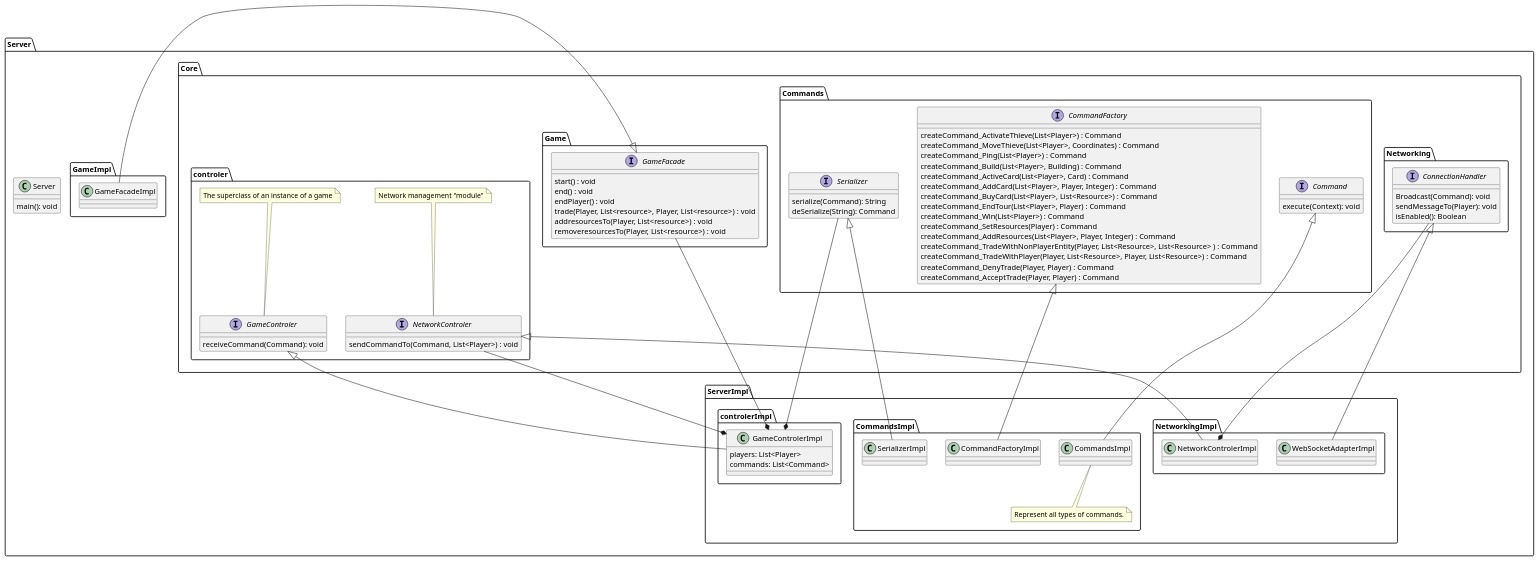
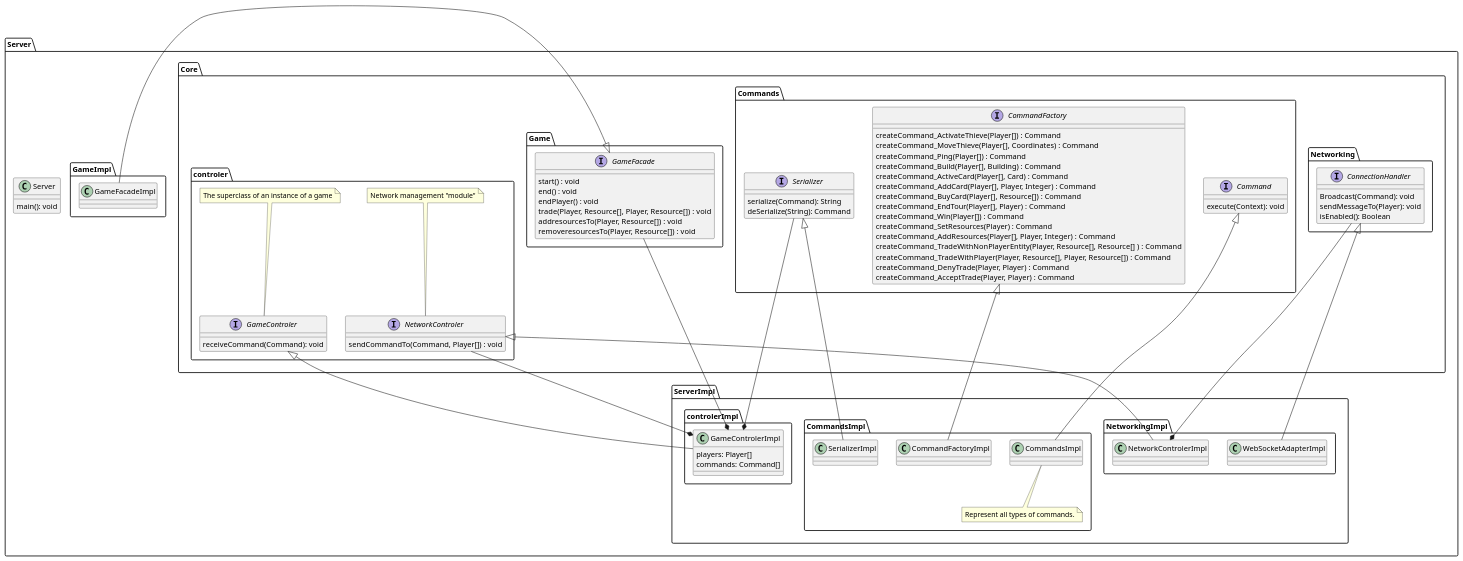
The diagram in catan-doc/modules/conception/pages/classDiagramServer.adoc (theray1/Les-Colons-De-Catane), drawn with PlantUML before and after one commit.

```diff
--- a/catan-doc/modules/conception/pages/classDiagramServer.adoc
+++ b/catan-doc/modules/conception/pages/classDiagramServer.adoc
@@ -13,26 +13,26 @@
 	            start() : void
 	        	end() : void
 	        	endPlayer() : void
-	        	trade(Player, List<resource>, Player, List<resource>) : void
-	        	addresourcesTo(Player, List<resource>) : void
-	        	removeresourcesTo(Player, List<resource>) : void
+	        	trade(Player, Resource[], Player, Resource[]) : void
+	        	addresourcesTo(Player, Resource[]) : void
+	        	removeresourcesTo(Player, Resource[]) : void
             }
         }
         package Commands {
             interface CommandFactory {
-            	createCommand_ActivateThieve(List<Player>) : Command
-            	createCommand_MoveThieve(List<Player>, Coordinates) : Command
-            	createCommand_Ping(List<Player>) : Command
-            	createCommand_Build(List<Player>, Building) : Command
-            	createCommand_ActiveCard(List<Player>, Card) : Command
-            	createCommand_AddCard(List<Player>, Player, Integer) : Command
-            	createCommand_BuyCard(List<Player>, List<Resource>) : Command
-            	createCommand_EndTour(List<Player>, Player) : Command
-            	createCommand_Win(List<Player>) : Command
+            	createCommand_ActivateThieve(Player[]) : Command
+            	createCommand_MoveThieve(Player[], Coordinates) : Command
+            	createCommand_Ping(Player[]) : Command
+            	createCommand_Build(Player[], Building) : Command
+            	createCommand_ActiveCard(Player[], Card) : Command
+            	createCommand_AddCard(Player[], Player, Integer) : Command
+            	createCommand_BuyCard(Player[], Resource[]) : Command
+            	createCommand_EndTour(Player[], Player) : Command
+            	createCommand_Win(Player[]) : Command
             	createCommand_SetResources(Player) : Command
-            	createCommand_AddResources(List<Player>, Player, Integer) : Command
-            	createCommand_TradeWithNonPlayerEntity(Player, List<Resource>, List<Resource> ) : Command
-            	createCommand_TradeWithPlayer(Player, List<Resource>, Player, List<Resource>) : Command
+            	createCommand_AddResources(Player[], Player, Integer) : Command
+            	createCommand_TradeWithNonPlayerEntity(Player, Resource[], Resource[] ) : Command
+            	createCommand_TradeWithPlayer(Player, Resource[], Player, Resource[]) : Command
             	createCommand_DenyTrade(Player, Player) : Command
             	createCommand_AcceptTrade(Player, Player) : Command
             }
@@ -56,7 +56,7 @@
 
         package controler {
             interface NetworkControler {
-            	sendCommandTo(Command, List<Player>) : void
+            	sendCommandTo(Command, Player[]) : void
             }
             note top: Network management "module"
 
@@ -96,8 +96,8 @@
         package controlerImpl {
 
             class GameControlerImpl {
-                players: List<Player>
-                commands: List<Command>
+                players: Player[]
+                commands: Command[]
             }
             GameControlerImpl *-up- NetworkControler
             GameControlerImpl *-up- GameFacade
```
